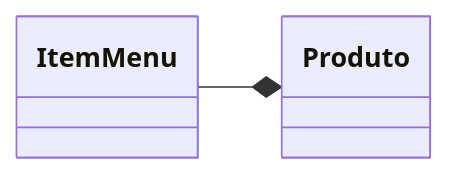
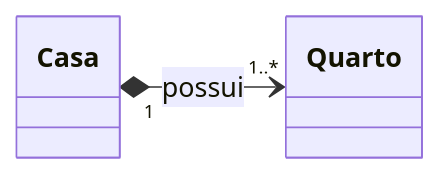
One commit to GracilianoOG/dio-iphone-uml changed the fourth of 4 diagrams in README.md. Above: the diagram before and after it, drawn with Mermaid. The commit also changed other lines of this file, not shown here.

````diff
--- a/README.md
+++ b/README.md
@@ -108,11 +108,11 @@
 ```mermaid
     classDiagram
         direction LR
-        class ItemMenu {
+        class Casa {
         }
 
-        class Produto {
+        class Quarto {
         }
 
-        ItemMenu --* Produto
+        Casa "1" *--> "1..*" Quarto : possui
 ```
````
